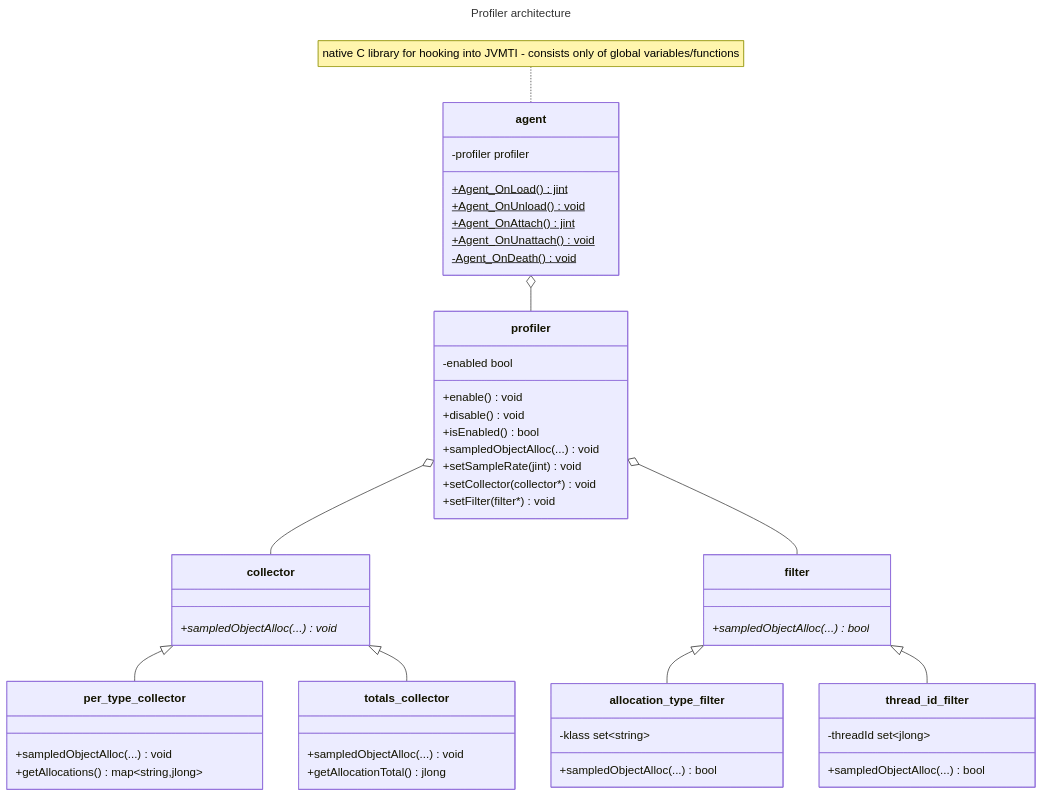
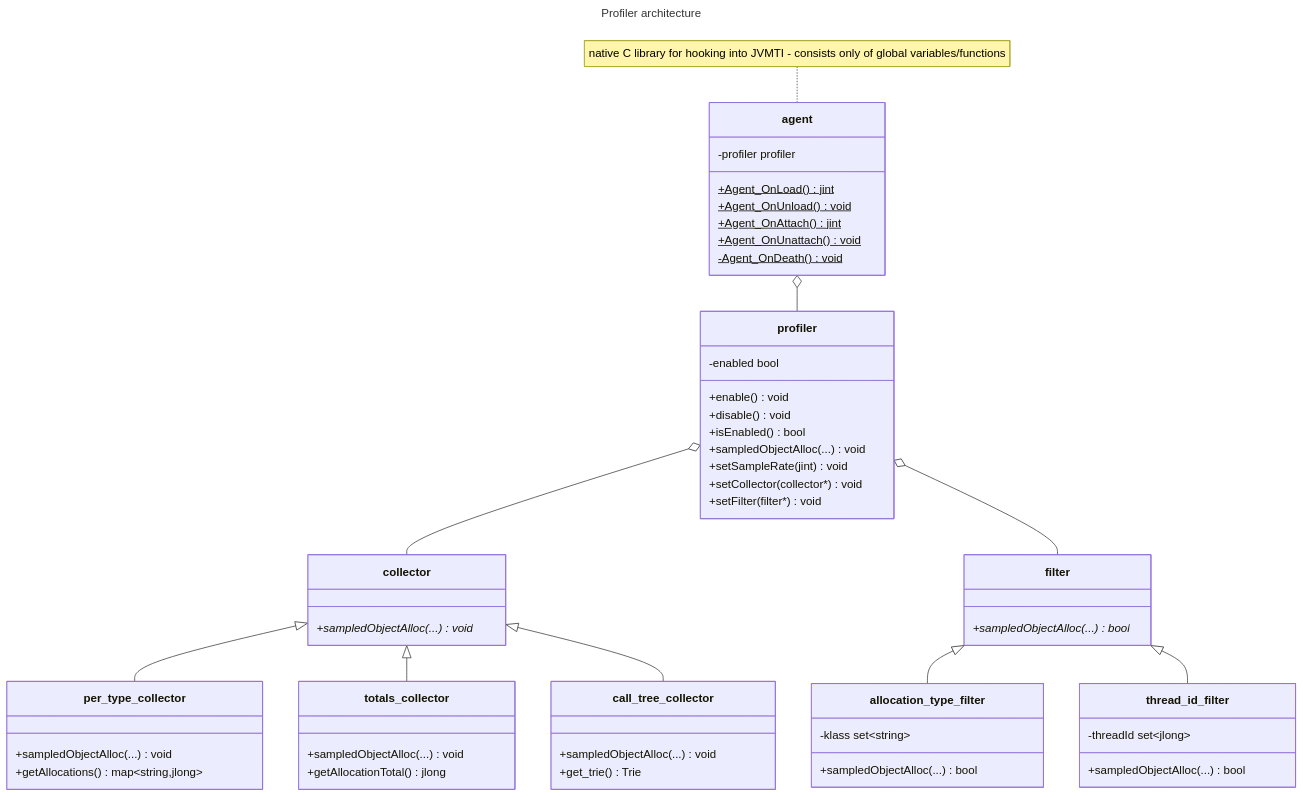
The diagram in src/hierarchy.md (hstuart/jtestmemprofiler-cpp), drawn with Mermaid before and after one commit. The commit also changed 7 other files, not shown here.

Commit message:
feat: add call stack allocation collector

````diff
--- a/src/hierarchy.md
+++ b/src/hierarchy.md
@@ -7,48 +7,52 @@
 ```mermaid
 ---
 title: Profiler architecture
 ---
 classDiagram
     agent o-- profiler
 
     note for agent "native C library for hooking into JVMTI - consists only of global variables/functions"
 
     agent : -profiler profiler
     agent : +Agent_OnLoad()$ jint
     agent : +Agent_OnUnload()$ void
     agent : +Agent_OnAttach()$ jint
     agent : +Agent_OnUnattach()$ void
     agent : -Agent_OnDeath()$ void
 
     profiler o-- collector
     profiler o-- filter
     filter <|-- allocation_type_filter
     filter <|-- thread_id_filter
     collector <|-- per_type_collector
     collector <|-- totals_collector
+    collector <|-- call_tree_collector
 
     profiler : -enabled bool
     profiler : +enable() void
     profiler : +disable() void
     profiler : +isEnabled() bool
     profiler : +sampledObjectAlloc(...) void
     profiler : +setSampleRate(jint) void
     profiler : +setCollector(collector*) void
     profiler : +setFilter(filter*) void
 
     collector : +sampledObjectAlloc(...)* void
 
     per_type_collector : +sampledObjectAlloc(...) void
     per_type_collector : +getAllocations() map~string,jlong~
 
     totals_collector : +sampledObjectAlloc(...) void
     totals_collector : +getAllocationTotal() jlong
+    
+    call_tree_collector : +sampledObjectAlloc(...) void
+    call_tree_collector : +get_trie() Trie
 
     filter : +sampledObjectAlloc(...)* bool
 
     allocation_type_filter : -klass set~string~
     allocation_type_filter : +sampledObjectAlloc(...) bool
 
     thread_id_filter : -threadId set~jlong~
     thread_id_filter : +sampledObjectAlloc(...) bool
 ```
````
